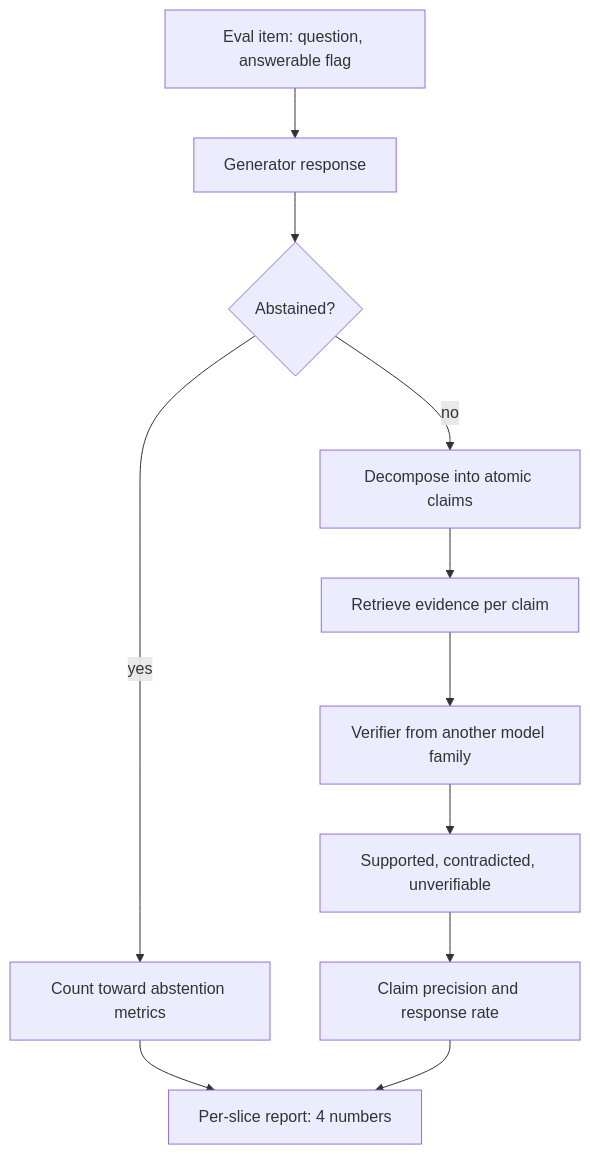
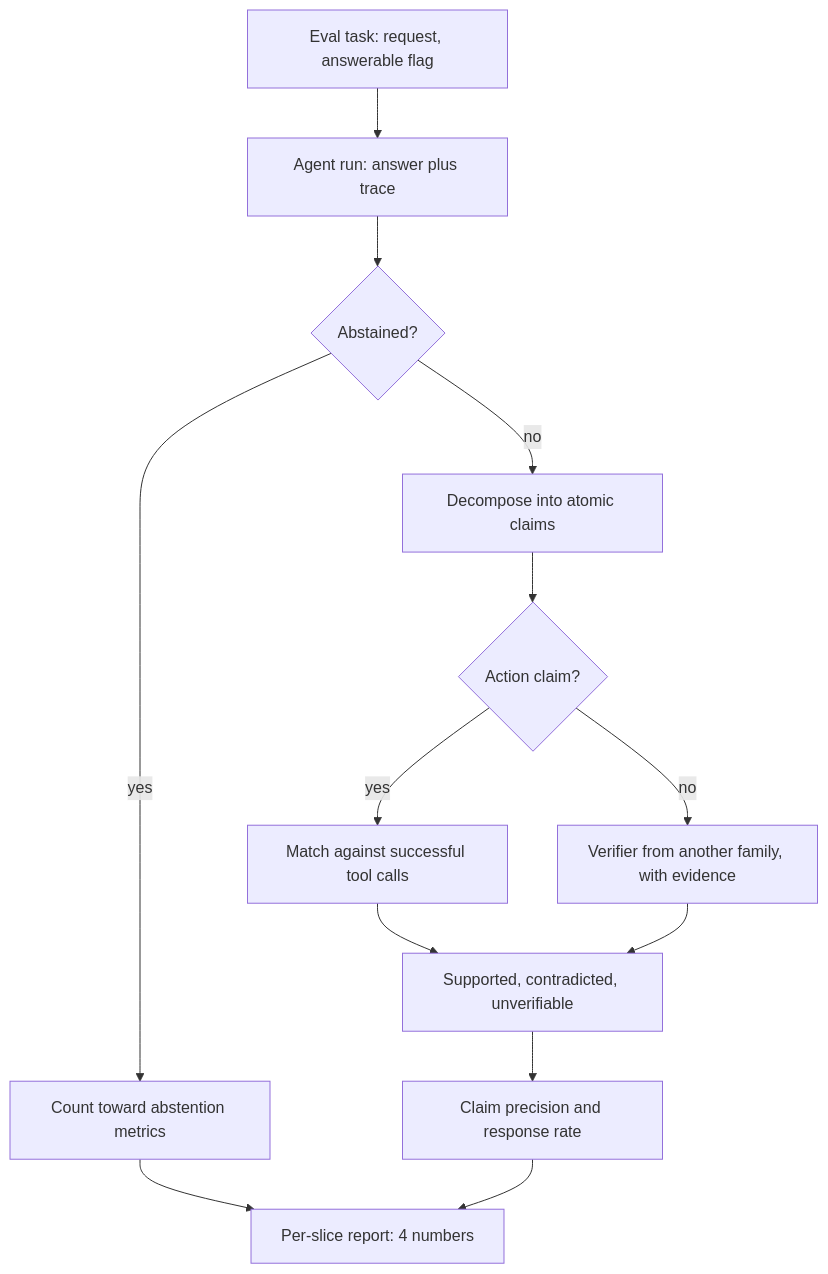
The diagram in content/evals/hallucination-evaluation.md (lovishmahajan97/agentic-learning), drawn with Mermaid before and after one commit. The commit also changed other lines of this file and 266 other files, not shown here.

````diff
--- a/content/evals/hallucination-evaluation.md
+++ b/content/evals/hallucination-evaluation.md
@@ -125,13 +145,15 @@
 ```mermaid
 flowchart TD
-    I["Eval item: question, answerable flag"] --> G["Generator response"]
+    I["Eval task: request, answerable flag"] --> G["Agent run: answer plus trace"]
     G --> AB{"Abstained?"}
     AB -->|"yes"| R1["Count toward abstention metrics"]
     AB -->|"no"| D["Decompose into atomic claims"]
-    D --> S["Retrieve evidence per claim"]
-    S --> V["Verifier from another model family"]
-    V --> L["Supported, contradicted, unverifiable"]
+    D --> T{"Action claim?"}
+    T -->|"yes"| TL["Match against successful tool calls"]
+    T -->|"no"| V["Verifier from another family, with evidence"]
+    TL --> L["Supported, contradicted, unverifiable"]
+    V --> L
     L --> M["Claim precision and response rate"]
     R1 --> RP["Per-slice report: 4 numbers"]
     M --> RP
 ```
````
